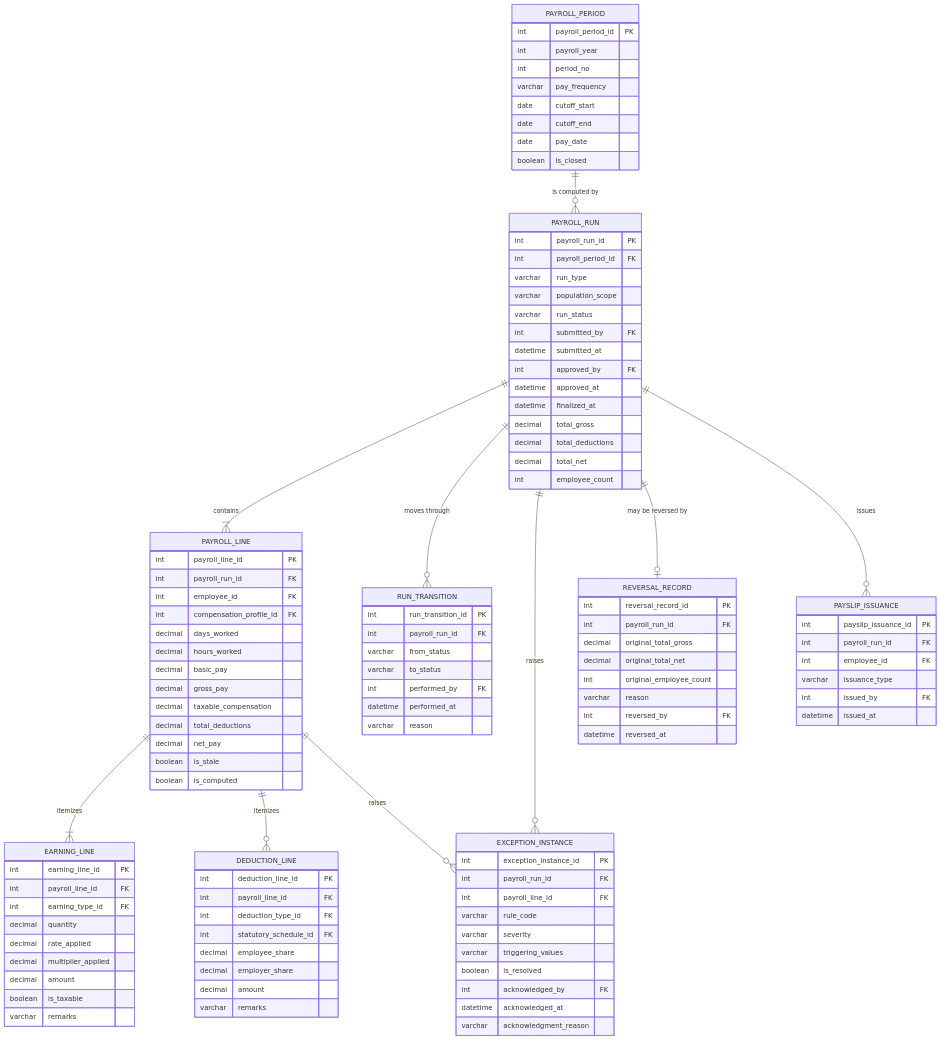
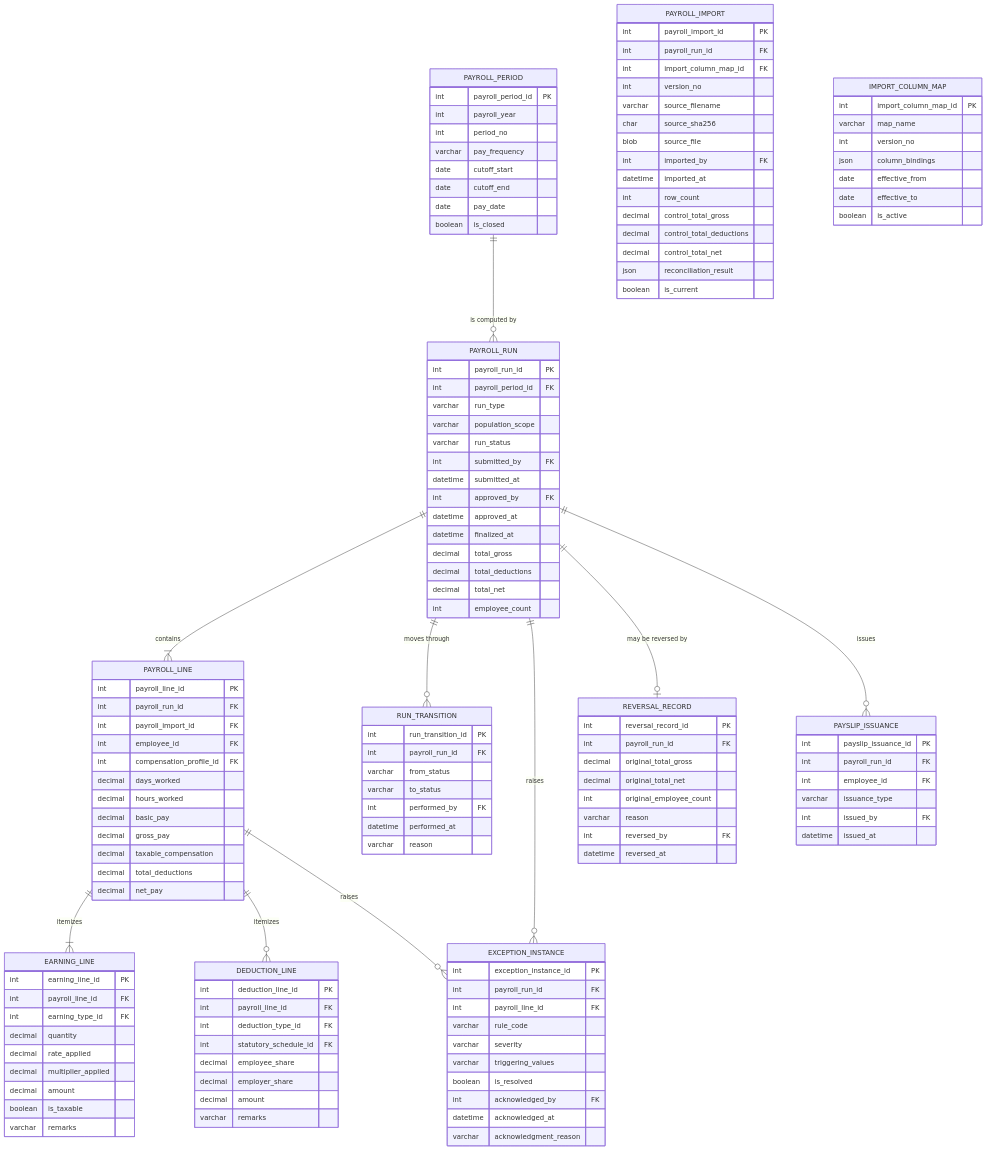
Before and after one commit to rjfat/municipal-payroll-system: the sixth of 8 diagrams in docs/data-model.md, drawn with Mermaid. The commit also changed other lines of this file and 9 other files, not shown here.

```diff
--- a/docs/data-model.md
+++ b/docs/data-model.md
@@ -494,6 +511,7 @@
     PAYROLL_LINE {
         int payroll_line_id PK
         int payroll_run_id FK
+        int payroll_import_id FK
         int employee_id FK
         int compensation_profile_id FK
         decimal days_worked
@@ -503,8 +521,32 @@
         decimal taxable_compensation
         decimal total_deductions
         decimal net_pay
-        boolean is_stale
-        boolean is_computed
+    }
+    PAYROLL_IMPORT {
+        int payroll_import_id PK
+        int payroll_run_id FK
+        int import_column_map_id FK
+        int version_no
+        varchar source_filename
+        char source_sha256
+        blob source_file
+        int imported_by FK
+        datetime imported_at
+        int row_count
+        decimal control_total_gross
+        decimal control_total_deductions
+        decimal control_total_net
+        json reconciliation_result
+        boolean is_current
+    }
+    IMPORT_COLUMN_MAP {
+        int import_column_map_id PK
+        varchar map_name
+        int version_no
+        json column_bindings
+        date effective_from
+        date effective_to
+        boolean is_active
     }
     EARNING_LINE {
         int earning_line_id PK
```
